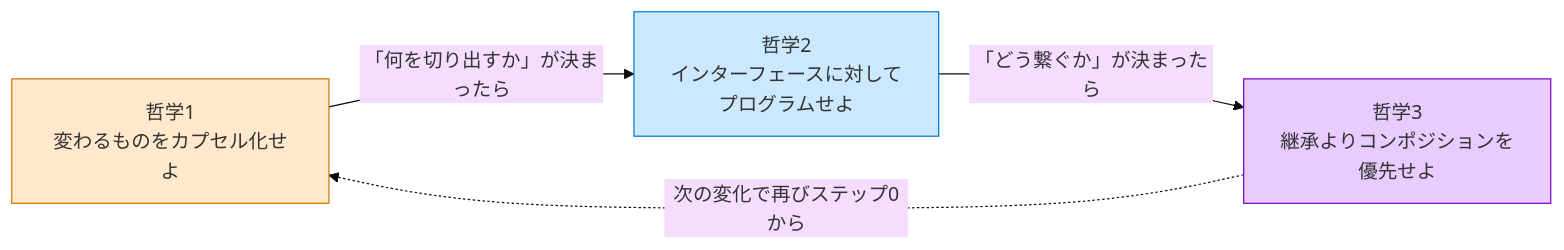
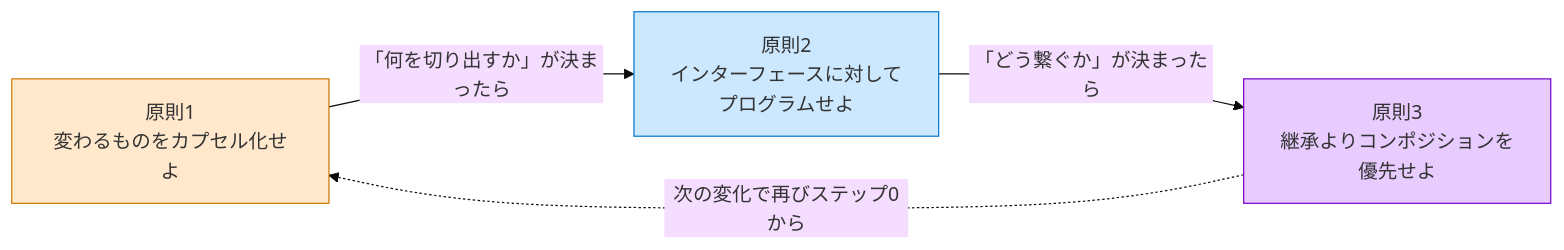
One commit to kumachan1101-pixel/DesignPattern changed the seventh of 7 diagrams in kindle/design-patterns/output/chapter00_1.md. Above: the diagram before and after it, drawn with Mermaid (base theme). The commit also changed other lines of this file and 3 other files, not shown here.

````diff
--- a/kindle/design-patterns/output/chapter00_1.md
+++ b/kindle/design-patterns/output/chapter00_1.md
@@ -812,14 +812,14 @@
 ```mermaid
 graph LR
-    P1["哲学1<br>変わるものをカプセル化せよ"]
-    P2["哲学2<br>インターフェースに対して<br>プログラムせよ"]
-    P3["哲学3<br>継承よりコンポジションを<br>優先せよ"]
+    P1["原則1<br>変わるものをカプセル化せよ"]
+    P2["原則2<br>インターフェースに対して<br>プログラムせよ"]
+    P3["原則3<br>継承よりコンポジションを<br>優先せよ"]
 
     P1 -->|「何を切り出すか」が決まったら| P2
     P2 -->|「どう繋ぐか」が決まったら| P3
     P3 -.->|次の変化で再びステップ0から| P1
 
     style P1 fill:#ffe8cc,stroke:#cc7700
     style P2 fill:#cce8ff,stroke:#0077cc
     style P3 fill:#e8ccff,stroke:#7700cc
 ```
````
